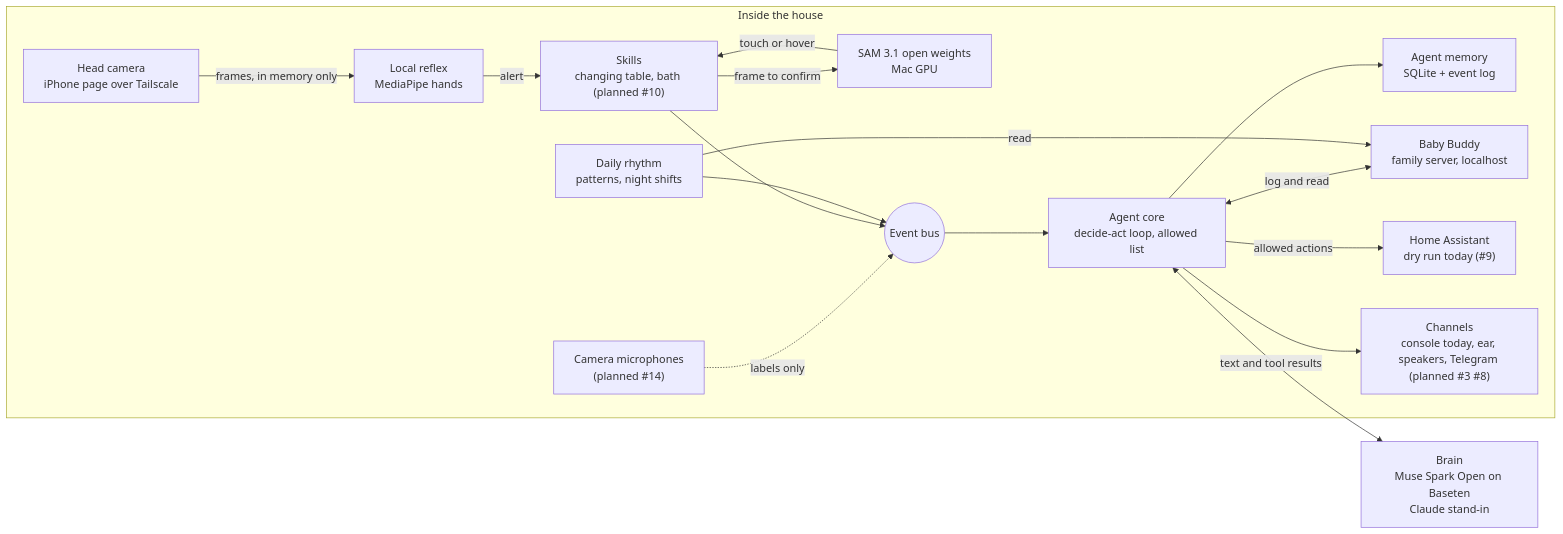
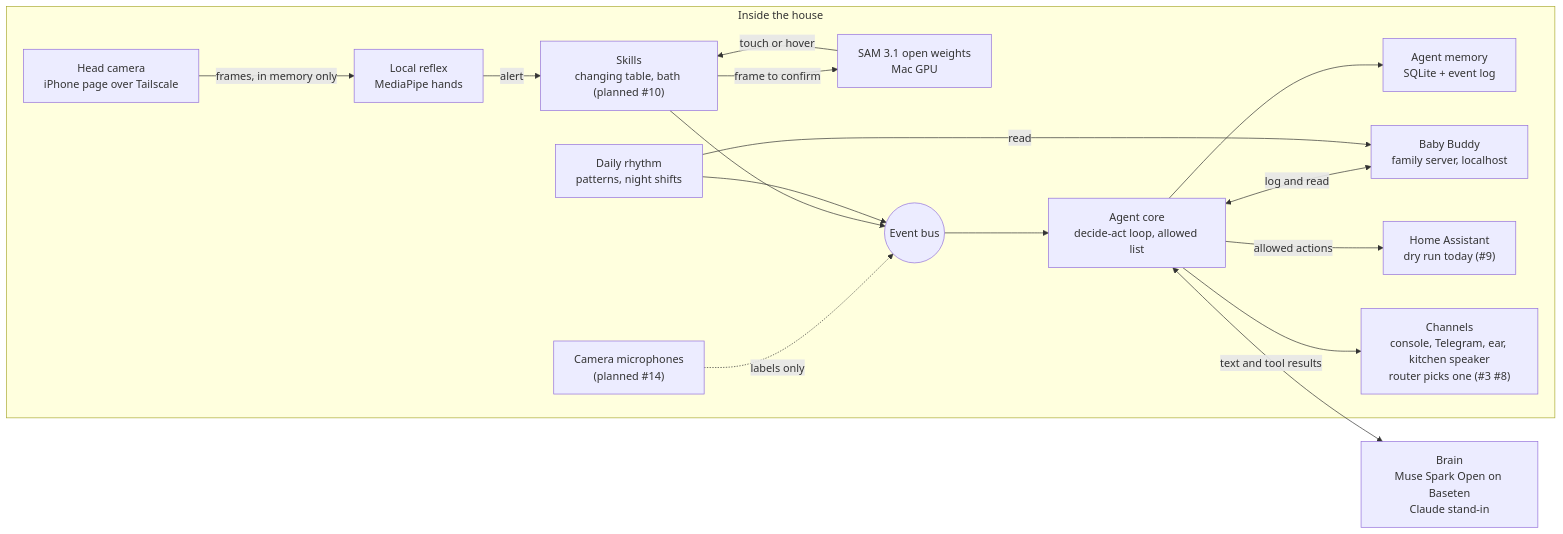
Before and after one commit to gonzalomelov/theos-house: the diagram in docs/architecture.md, drawn with Mermaid. The commit also changed other lines of this file and 10 other files, not shown here.

First line of the commit message:
feat(channels): Telegram channel and channel picking (#3, #8)

````diff
--- a/docs/architecture.md
+++ b/docs/architecture.md
@@ -5,33 +5,33 @@
 ```mermaid
 flowchart LR
   subgraph House["Inside the house"]
     cam["Head camera<br/>iPhone page over Tailscale"]
     mic["Camera microphones<br/>(planned #14)"]
     reflex["Local reflex<br/>MediaPipe hands"]
     sam["SAM 3.1 open weights<br/>Mac GPU"]
     bus(("Event bus"))
     core["Agent core<br/>decide-act loop, allowed list"]
     mem["Agent memory<br/>SQLite + event log"]
     bb["Baby Buddy<br/>family server, localhost"]
     rhythm["Daily rhythm<br/>patterns, night shifts"]
     skills["Skills<br/>changing table, bath (planned #10)"]
     ha["Home Assistant<br/>dry run today (#9)"]
-    chan["Channels<br/>console today, ear, speakers, Telegram (planned #3 #8)"]
+    chan["Channels<br/>console, Telegram, ear, kitchen speaker<br/>router picks one (#3 #8)"]
   end
   brain["Brain<br/>Muse Spark Open on Baseten<br/>Claude stand-in"]
 
   cam -->|frames, in memory only| reflex
   reflex -->|alert| skills
   skills -->|frame to confirm| sam
   sam -->|touch or hover| skills
   mic -.->|labels only| bus
   skills --> bus
   rhythm --> bus
   bus --> core
   core <-->|text and tool results| brain
   core --> mem
   core <-->|log and read| bb
   rhythm -->|read| bb
   core -->|allowed actions| ha
   core --> chan
 ```
````
